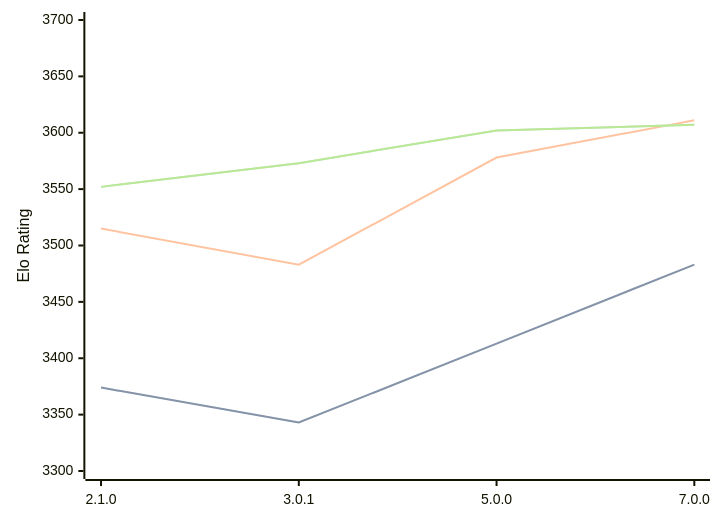
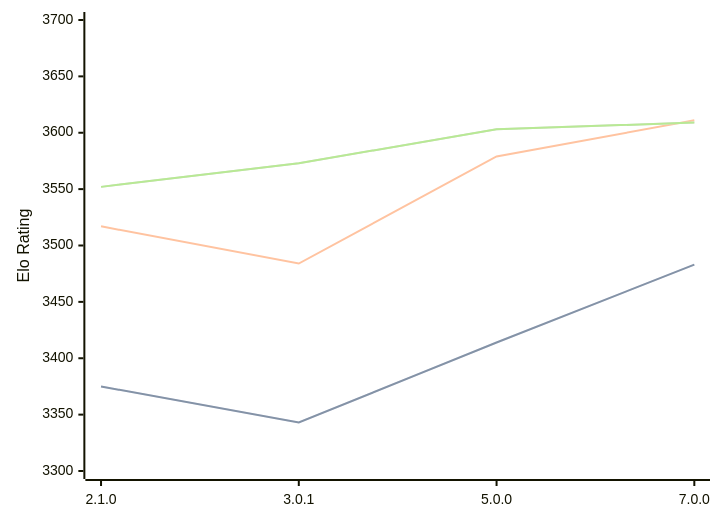
The diagram in engines/PlentyChess.md (computer-chess-index/cci), drawn with Mermaid before and after one commit. The commit also changed other lines of this file, not shown here.

Commit message:
Update CCI Ratings (ELO VLTC) - 2026-05-14

````diff
--- a/engines/PlentyChess.md
+++ b/engines/PlentyChess.md
@@ -45,11 +45,11 @@
 ```mermaid
 %%{init: {"theme":"base","themeVariables":{"seriesColors:['#a3a3a3','#222221','#faa371']}}}%%
 xychart-beta
   x-axis ["2.1.0", "3.0.1", "5.0.0", "7.0.0"]
   y-axis "Elo Rating" 3300 --> 3700
-  line "STC (8.0+0.08s)" [3374, 3343, 3413, 3483]
-  line "STC (8.0+0.08s)" [3374, 3343, 3413, 3483]
-  line "LTC (60.0+0.60s)" [3515, 3483, 3578, 3611]
-  line "VLTC (2m24s+1.12s)" [3552, 3573, 3602, 3607]
-  line "VLTC (2m24s+1.12s)" [3552, 3573, 3602, 3607]
+  line "STC (8.0+0.08s)" [3375, 3343, 3414, 3483]
+  line "STC (8.0+0.08s)" [3375, 3343, 3414, 3483]
+  line "LTC (60.0+0.60s)" [3517, 3484, 3579, 3611]
+  line "VLTC (2m24s+1.12s)" [3552, 3573, 3603, 3609]
+  line "VLTC (2m24s+1.12s)" [3552, 3573, 3603, 3609]
 ```
````
